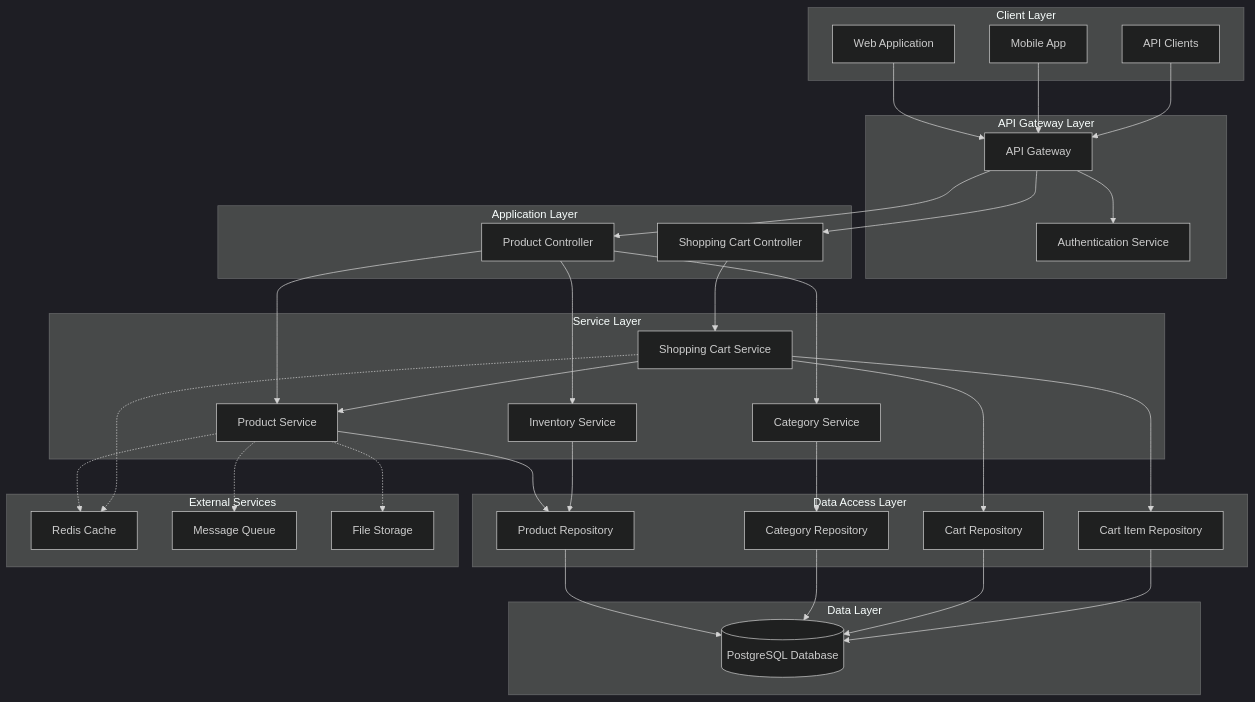
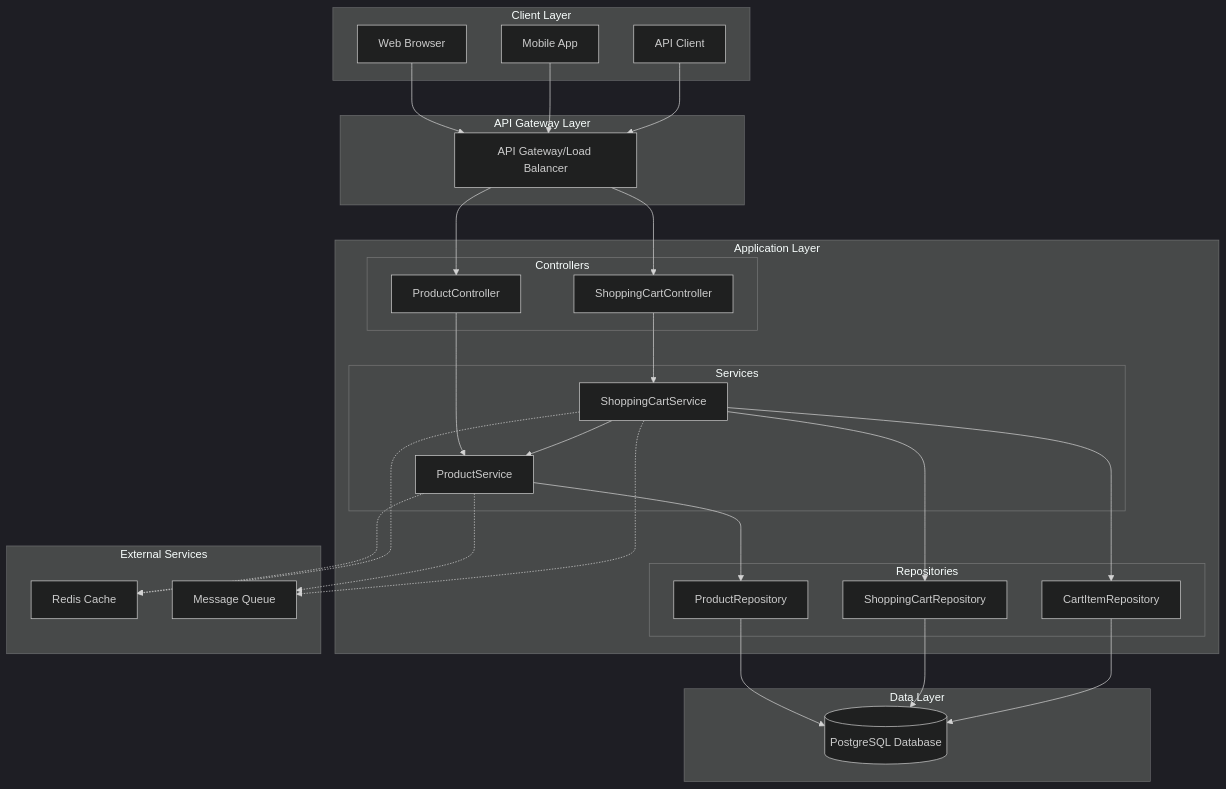
The first of 26 diagrams in docs/LLD/modified_lld.md (NavneetBN47/aava-ecom-demo), drawn with Mermaid (dark theme) before and after one commit. The commit also changed other lines of this file, not shown here.

````diff
--- a/docs/LLD/modified_lld.md
+++ b/docs/LLD/modified_lld.md
@@ -68,72 +94,63 @@
 ```mermaid
 graph TB
     subgraph "Client Layer"
-        WEB[Web Application]
+        WEB[Web Browser]
         MOBILE[Mobile App]
-        API_CLIENT[API Clients]
+        API_CLIENT[API Client]
     end
     
     subgraph "API Gateway Layer"
-        GATEWAY[API Gateway]
-        AUTH[Authentication Service]
+        GATEWAY[API Gateway/Load Balancer]
     end
     
     subgraph "Application Layer"
-        PRODUCT_CTRL[Product Controller]
-        CART_CTRL[Shopping Cart Controller]
-    end
-    
-    subgraph "Service Layer"
-        PRODUCT_SVC[Product Service]
-        CATEGORY_SVC[Category Service]
-        INVENTORY_SVC[Inventory Service]
-        CART_SVC[Shopping Cart Service]
-    end
-    
-    subgraph "Data Access Layer"
-        PRODUCT_REPO[Product Repository]
-        CATEGORY_REPO[Category Repository]
-        CART_REPO[Cart Repository]
-        CART_ITEM_REPO[Cart Item Repository]
+        subgraph "Controllers"
+            PC[ProductController]
+            SCC[ShoppingCartController]
+        end
+        
+        subgraph "Services"
+            PS[ProductService]
+            SCS[ShoppingCartService]
+        end
+        
+        subgraph "Repositories"
+            PR[ProductRepository]
+            SCR[ShoppingCartRepository]
+            CIR[CartItemRepository]
+        end
     end
     
     subgraph "Data Layer"
         DB[(PostgreSQL Database)]
     end
     
     subgraph "External Services"
         CACHE[Redis Cache]
         QUEUE[Message Queue]
-        STORAGE[File Storage]
     end
     
     WEB --> GATEWAY
     MOBILE --> GATEWAY
     API_CLIENT --> GATEWAY
     
-    GATEWAY --> AUTH
-    GATEWAY --> PRODUCT_CTRL
-    GATEWAY --> CART_CTRL
+    GATEWAY --> PC
+    GATEWAY --> SCC
     
-    PRODUCT_CTRL --> PRODUCT_SVC
-    PRODUCT_CTRL --> CATEGORY_SVC
-    PRODUCT_CTRL --> INVENTORY_SVC
-    CART_CTRL --> CART_SVC
+    PC --> PS
+    SCC --> SCS
     
-    PRODUCT_SVC --> PRODUCT_REPO
-    CATEGORY_SVC --> CATEGORY_REPO
-    INVENTORY_SVC --> PRODUCT_REPO
-    CART_SVC --> CART_REPO
-    CART_SVC --> CART_ITEM_REPO
-    CART_SVC --> PRODUCT_SVC
+    PS --> PR
+    SCS --> SCR
+    SCS --> CIR
+    SCS --> PS
     
-    PRODUCT_REPO --> DB
-    CATEGORY_REPO --> DB
-    CART_REPO --> DB
-    CART_ITEM_REPO --> DB
+    PR --> DB
+    SCR --> DB
+    CIR --> DB
     
-    PRODUCT_SVC -.-> CACHE
-    CART_SVC -.-> CACHE
-    PRODUCT_SVC -.-> QUEUE
-    PRODUCT_SVC -.-> STORAGE
+    PS -.-> CACHE
+    SCS -.-> CACHE
+    PS -.-> QUEUE
+    SCS -.-> QUEUE
 ```
````
